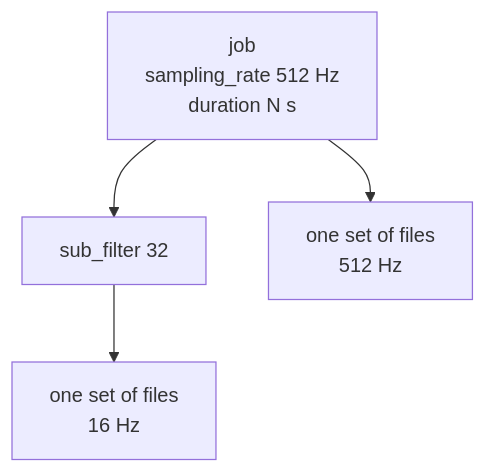
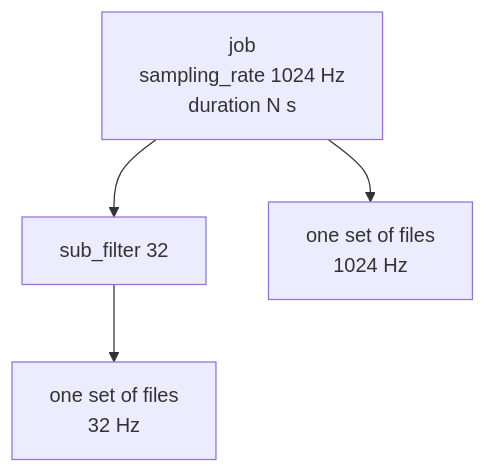
One commit to bfrmtx/mobile changed the second of 3 diagrams in quarto/databases/databases.qmd. Above: the diagram before and after it, drawn with Mermaid. The commit also changed other lines of this file and 14 other files, not shown here.

````diff
--- a/quarto/databases/databases.qmd
+++ b/quarto/databases/databases.qmd
@@ -302,8 +304,8 @@
 ```{mermaid}
 
 graph TD
-    A[job <br> sampling_rate 512 Hz <br> duration N s] --> B[sub_filter 32]
-    A --> C[one set of files <br> 512 Hz]
-    B --> E[ one set of files <br> 16 Hz]
+    A[job <br> sampling_rate 1024 Hz <br> duration N s] --> B[sub_filter 32]
+    A --> C[one set of files <br> 1024 Hz]
+    B --> E[ one set of files <br> 32 Hz]
 
 ```
````
